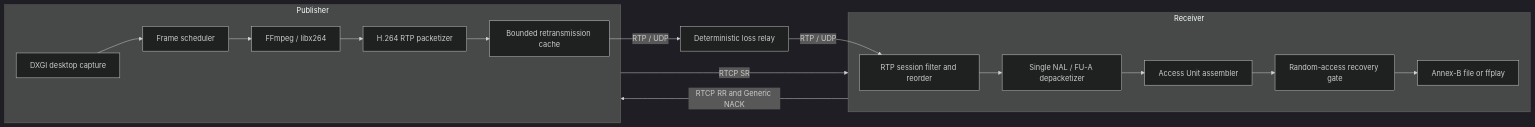
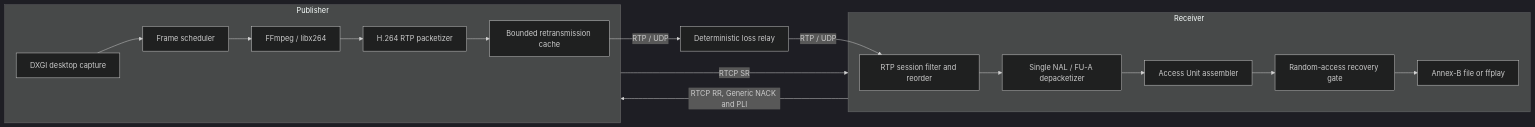
Before and after one commit to Semiruyi/SemiLive: the diagram in README.md, drawn with Mermaid (dark theme). The commit also changed other lines of this file and 30 other files, not shown here.

````diff
--- a/README.md
+++ b/README.md
@@ -25,26 +26,26 @@
 ```mermaid
 flowchart LR
     subgraph Publisher
         DXGI[DXGI desktop capture]
         Scheduler[Frame scheduler]
         Encoder[FFmpeg / libx264]
         Packetizer[H.264 RTP packetizer]
         Cache[Bounded retransmission cache]
         DXGI --> Scheduler --> Encoder --> Packetizer --> Cache
     end
 
     Cache -->|RTP / UDP| Relay[Deterministic loss relay]
     Relay -->|RTP / UDP| Reorder
 
     subgraph Receiver
         Reorder[RTP session filter and reorder]
         Depacketizer[Single NAL / FU-A depacketizer]
         Assembler[Access Unit assembler]
         Recovery[Random-access recovery gate]
         Output[Annex-B file or ffplay]
         Reorder --> Depacketizer --> Assembler --> Recovery --> Output
     end
 
     Publisher -->|RTCP SR| Receiver
-    Receiver -->|RTCP RR and Generic NACK| Publisher
+    Receiver -->|RTCP RR, Generic NACK and PLI| Publisher
 ```
````
